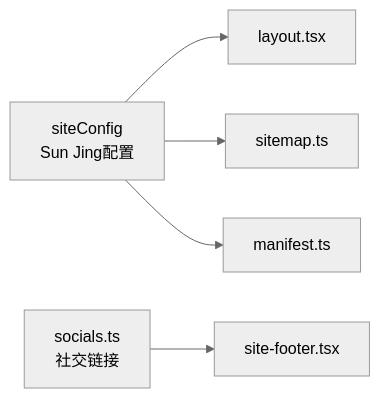
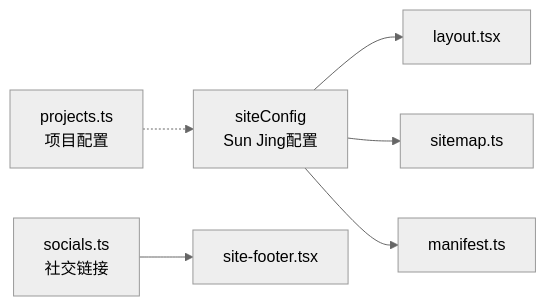
The third of 3 diagrams in .qoder/repowiki/zh/content/配置指南/站点配置.md (florianjsun/next-portfolio), drawn with Mermaid (neutral theme) before and after one commit. The commit also changed other lines of this file and 4 other files, not shown here.

````diff
--- a/.qoder/repowiki/zh/content/配置指南/站点配置.md
+++ b/.qoder/repowiki/zh/content/配置指南/站点配置.md
@@ -223,7 +245,8 @@
 ```mermaid
 graph LR
 SC["siteConfig<br/>Sun Jing配置"] --> L["layout.tsx"]
 SC --> S["sitemap.ts"]
 SC --> M["manifest.ts"]
 SL["socials.ts<br/>社交链接"] --> F["site-footer.tsx"]
+PC["projects.ts<br/>项目配置"] -.-> SC
 ```
````
